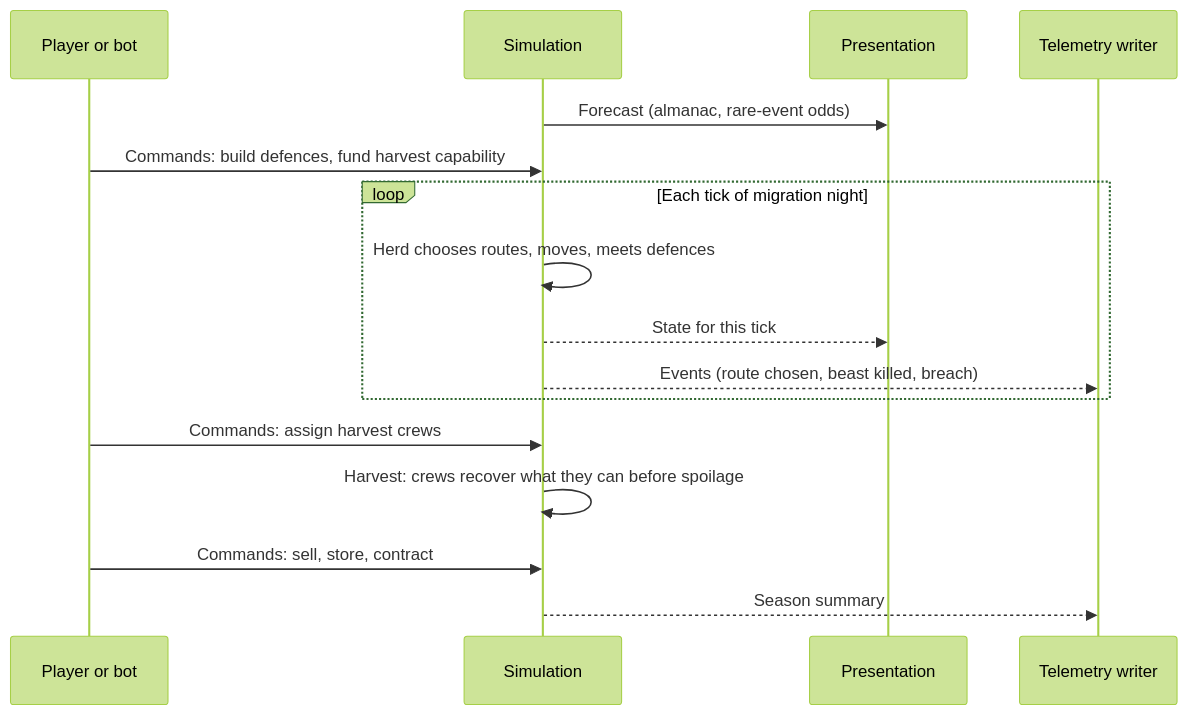
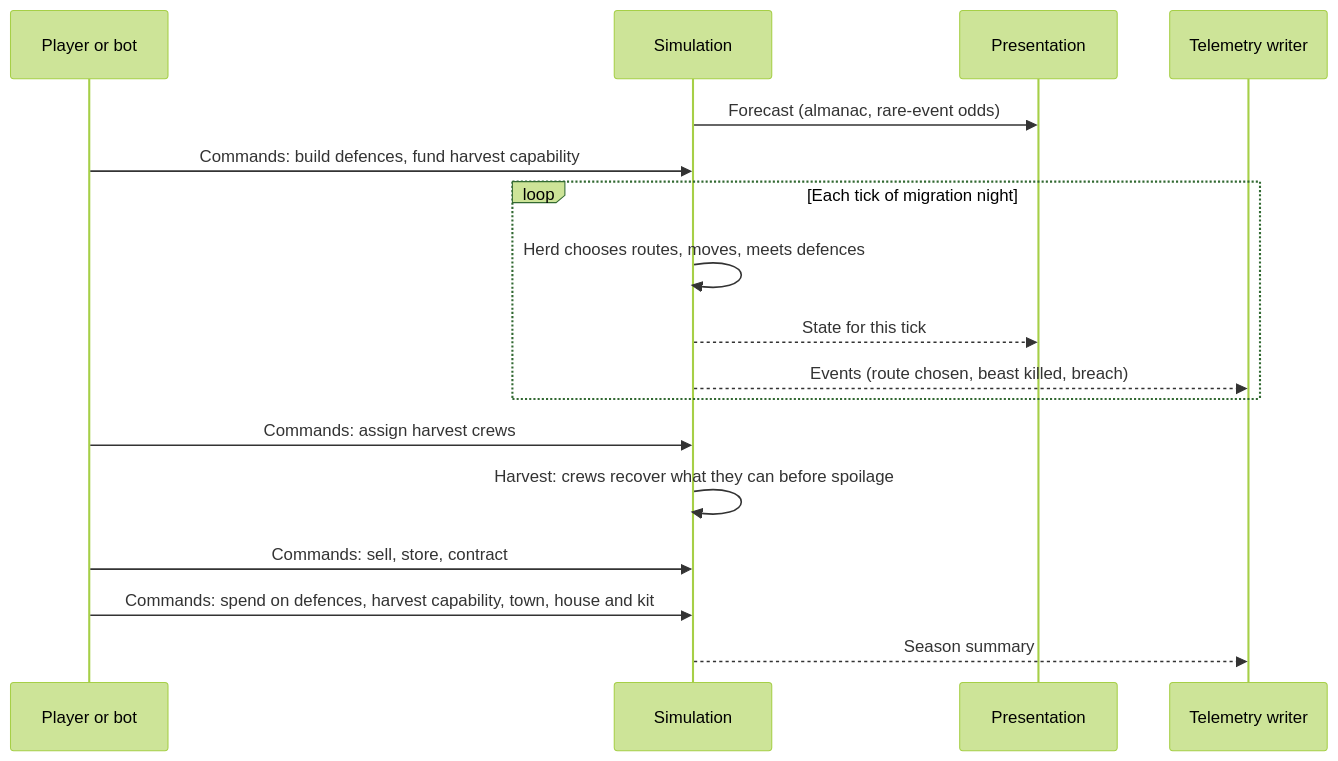
One commit to Huntling94/tallow changed the fourth of 7 diagrams in docs/architecture/overview.md. Above: the diagram before and after it, drawn with Mermaid (forest theme). The commit also changed other lines of this file and 7 other files, not shown here.

````diff
--- a/docs/architecture/overview.md
+++ b/docs/architecture/overview.md
@@ -137,19 +144,20 @@
 ```mermaid
 sequenceDiagram
     participant P as Player or bot
     participant S as Simulation
     participant V as Presentation
     participant T as Telemetry writer
 
     S->>V: Forecast (almanac, rare-event odds)
     P->>S: Commands: build defences, fund harvest capability
     loop Each tick of migration night
         S->>S: Herd chooses routes, moves, meets defences
         S-->>V: State for this tick
         S-->>T: Events (route chosen, beast killed, breach)
     end
     P->>S: Commands: assign harvest crews
     S->>S: Harvest: crews recover what they can before spoilage
     P->>S: Commands: sell, store, contract
+    P->>S: Commands: spend on defences, harvest capability, town, house and kit
     S-->>T: Season summary
 ```
````
